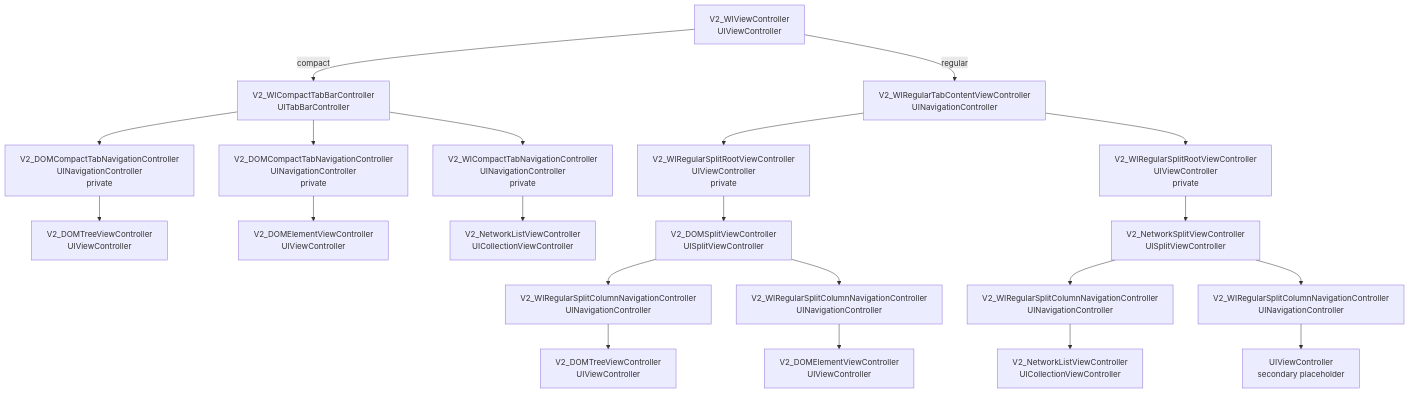
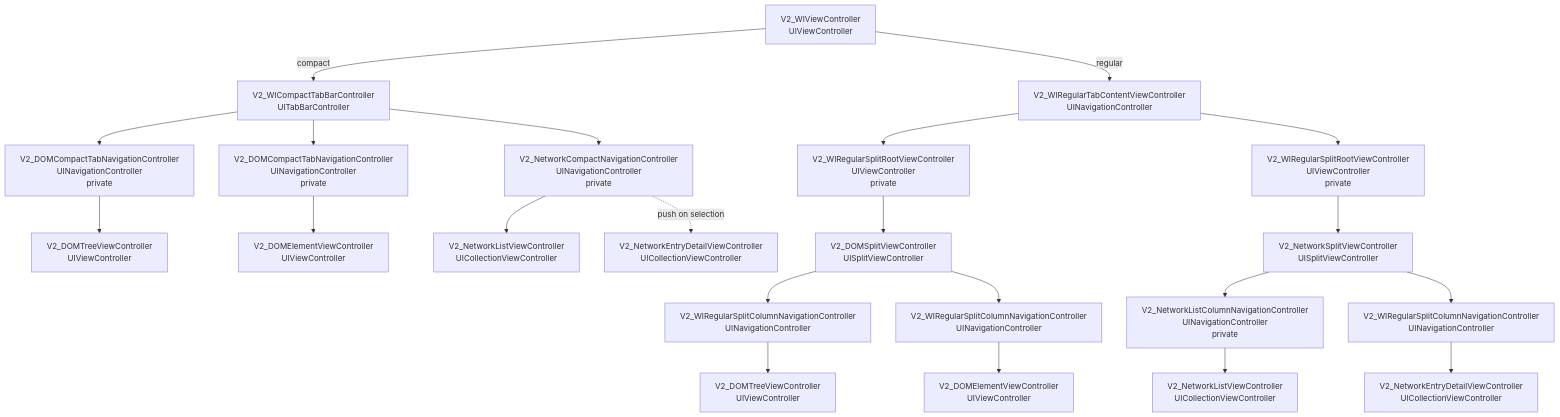
Before and after one commit to lynnswap/WebInspectorKit: the diagram in Sources/WebInspectorUI/V2/Docs/ViewControllerStructure.md, drawn with Mermaid. The commit also changed other lines of this file and 14 other files, not shown here.

Commit message:
feat(network): add V2 network detail flow

````diff
--- a/Sources/WebInspectorUI/V2/Docs/ViewControllerStructure.md
+++ b/Sources/WebInspectorUI/V2/Docs/ViewControllerStructure.md
@@ -15,53 +15,55 @@
 ```mermaid
 flowchart TD
     Root["V2_WIViewController<br/>UIViewController"]
 
     CompactHost["V2_WICompactTabBarController<br/>UITabBarController"]
     RegularHost["V2_WIRegularTabContentViewController<br/>UINavigationController"]
 
     DOMCompactNavigation["V2_DOMCompactTabNavigationController<br/>UINavigationController<br/>private"]
     ElementCompactNavigation["V2_DOMCompactTabNavigationController<br/>UINavigationController<br/>private"]
     RegularDOMRoot["V2_WIRegularSplitRootViewController<br/>UIViewController<br/>private"]
     DOMSplit["V2_DOMSplitViewController<br/>UISplitViewController"]
-    NetworkCompactNavigation["V2_WICompactTabNavigationController<br/>UINavigationController<br/>private"]
-    NetworkCompact["V2_NetworkListViewController<br/>UICollectionViewController"]
+    NetworkCompactNavigation["V2_NetworkCompactNavigationController<br/>UINavigationController<br/>private"]
+    NetworkCompactList["V2_NetworkListViewController<br/>UICollectionViewController"]
+    NetworkCompactDetail["V2_NetworkEntryDetailViewController<br/>UICollectionViewController"]
     RegularNetworkRoot["V2_WIRegularSplitRootViewController<br/>UIViewController<br/>private"]
     NetworkSplit["V2_NetworkSplitViewController<br/>UISplitViewController"]
 
     CompactTree["V2_DOMTreeViewController<br/>UIViewController"]
     CompactElement["V2_DOMElementViewController<br/>UIViewController"]
     RegularTreeNavigation["V2_WIRegularSplitColumnNavigationController<br/>UINavigationController"]
     RegularTree["V2_DOMTreeViewController<br/>UIViewController"]
     RegularElementNavigation["V2_WIRegularSplitColumnNavigationController<br/>UINavigationController"]
     RegularElement["V2_DOMElementViewController<br/>UIViewController"]
 
-    NetworkPrimaryNavigation["V2_WIRegularSplitColumnNavigationController<br/>UINavigationController"]
+    NetworkPrimaryNavigation["V2_NetworkListColumnNavigationController<br/>UINavigationController<br/>private"]
     NetworkSecondaryNavigation["V2_WIRegularSplitColumnNavigationController<br/>UINavigationController"]
     NetworkList["V2_NetworkListViewController<br/>UICollectionViewController"]
-    NetworkSecondary["UIViewController<br/>secondary placeholder"]
+    NetworkDetail["V2_NetworkEntryDetailViewController<br/>UICollectionViewController"]
 
     Root -->|compact| CompactHost
     Root -->|regular| RegularHost
 
     CompactHost --> DOMCompactNavigation
     CompactHost --> ElementCompactNavigation
     CompactHost --> NetworkCompactNavigation
     DOMCompactNavigation --> CompactTree
     ElementCompactNavigation --> CompactElement
-    NetworkCompactNavigation --> NetworkCompact
+    NetworkCompactNavigation --> NetworkCompactList
+    NetworkCompactNavigation -. "push on selection" .-> NetworkCompactDetail
 
     RegularHost --> RegularDOMRoot
     RegularHost --> RegularNetworkRoot
     RegularDOMRoot --> DOMSplit
     RegularNetworkRoot --> NetworkSplit
 
     DOMSplit --> RegularTreeNavigation
     RegularTreeNavigation --> RegularTree
     DOMSplit --> RegularElementNavigation
     RegularElementNavigation --> RegularElement
 
     NetworkSplit --> NetworkPrimaryNavigation
     NetworkSplit --> NetworkSecondaryNavigation
     NetworkPrimaryNavigation --> NetworkList
-    NetworkSecondaryNavigation --> NetworkSecondary
+    NetworkSecondaryNavigation --> NetworkDetail
 ```
````
